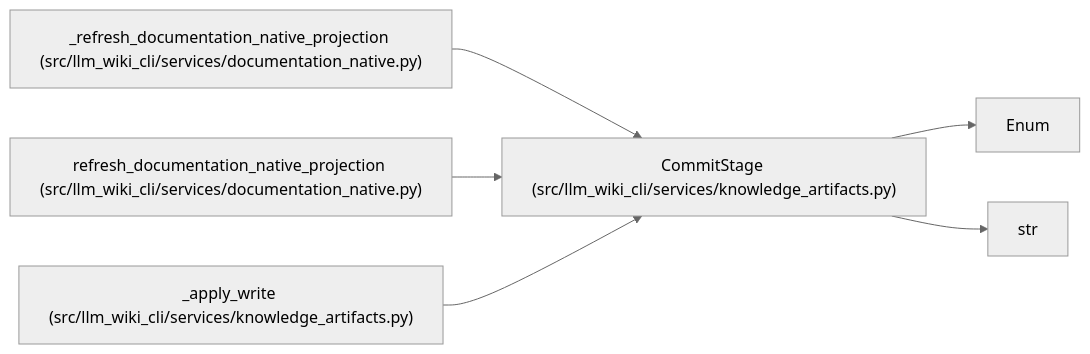
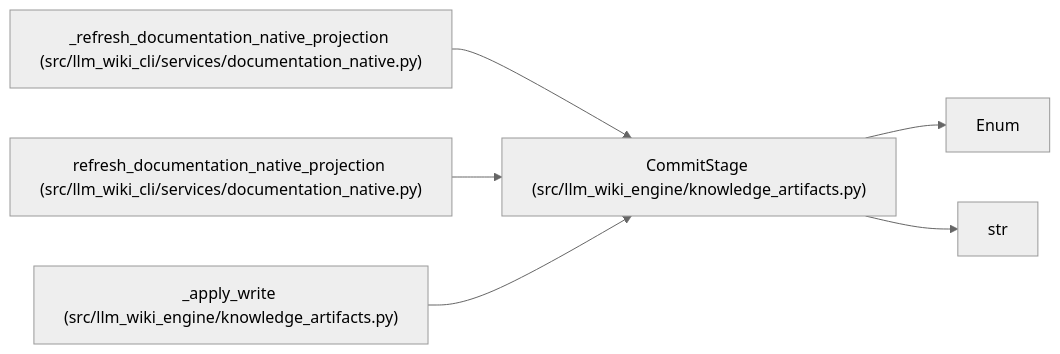
The diagram in docs/llm_wiki/entities/CommitStage.md (Denissvgn/python-wiki-llm), drawn with Mermaid (neutral theme) before and after one commit. The commit also changed other lines of this file and 1058 other files, not shown here.

First line of the commit message:
docs: refresh the wiki for the knowledge store move

````diff
--- a/docs/llm_wiki/entities/CommitStage.md
+++ b/docs/llm_wiki/entities/CommitStage.md
@@ -29,18 +29,18 @@
 ```mermaid
 flowchart LR
-    n0["CommitStage (src/llm_wiki_cli/services/knowledge_artifacts.py)"]
+    n0["CommitStage (src/llm_wiki_engine/knowledge_artifacts.py)"]
     n1["Enum"]
     n2["str"]
     n3["_refresh_documentation_native_projection (src/llm_wiki_cli/services/documentation_native.py)"]
     n4["refresh_documentation_native_projection (src/llm_wiki_cli/services/documentation_native.py)"]
-    n5["_apply_write (src/llm_wiki_cli/services/knowledge_artifacts.py)"]
+    n5["_apply_write (src/llm_wiki_engine/knowledge_artifacts.py)"]
     n0 --> n1
     n0 --> n2
     n3 --> n0
     n4 --> n0
     n5 --> n0
     click n0 "../modules/knowledge_artifacts.md"
     click n3 "../modules/documentation_native.md"
     click n4 "../modules/documentation_native.md"
     click n5 "../modules/knowledge_artifacts.md"
 ```
````
